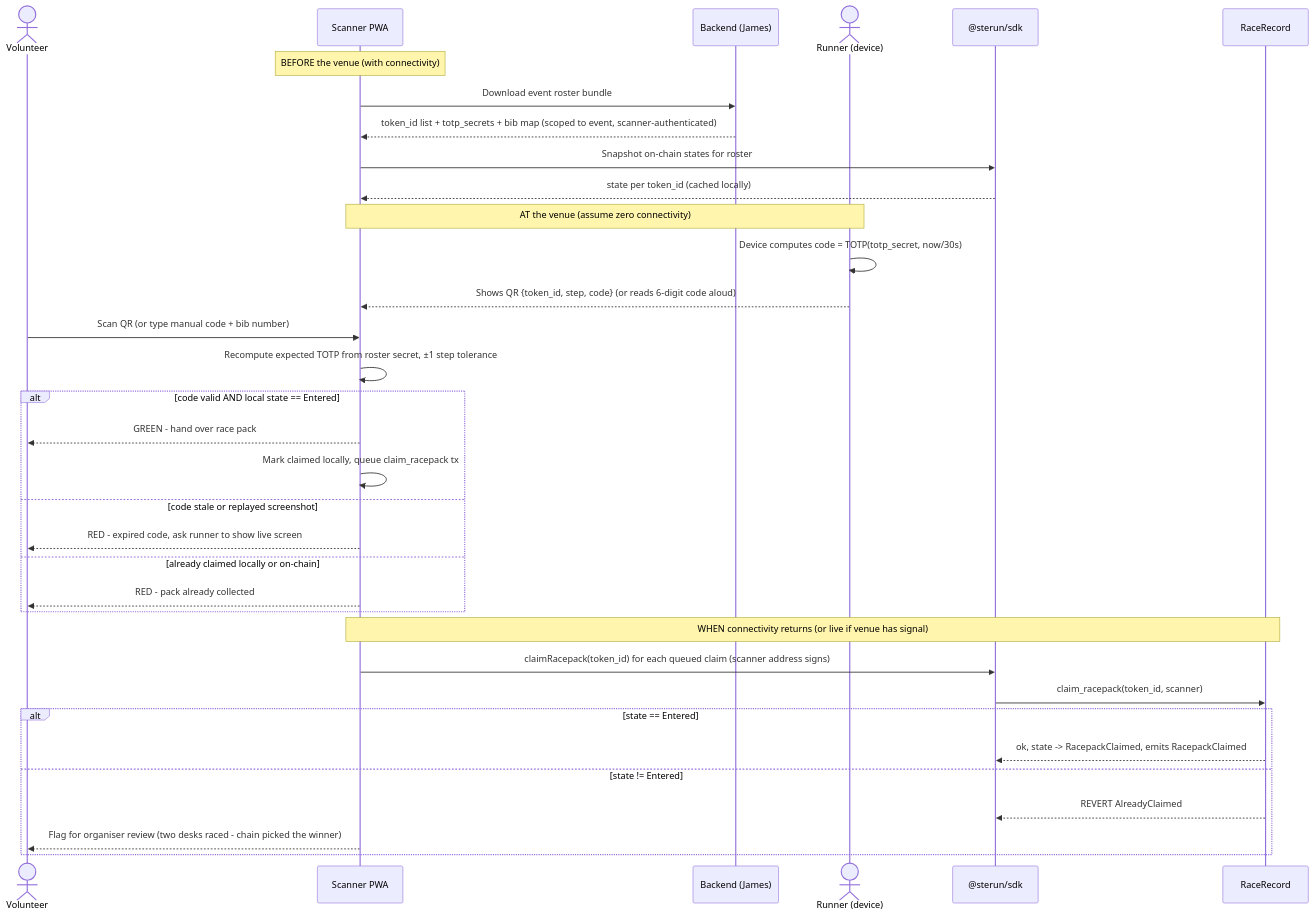
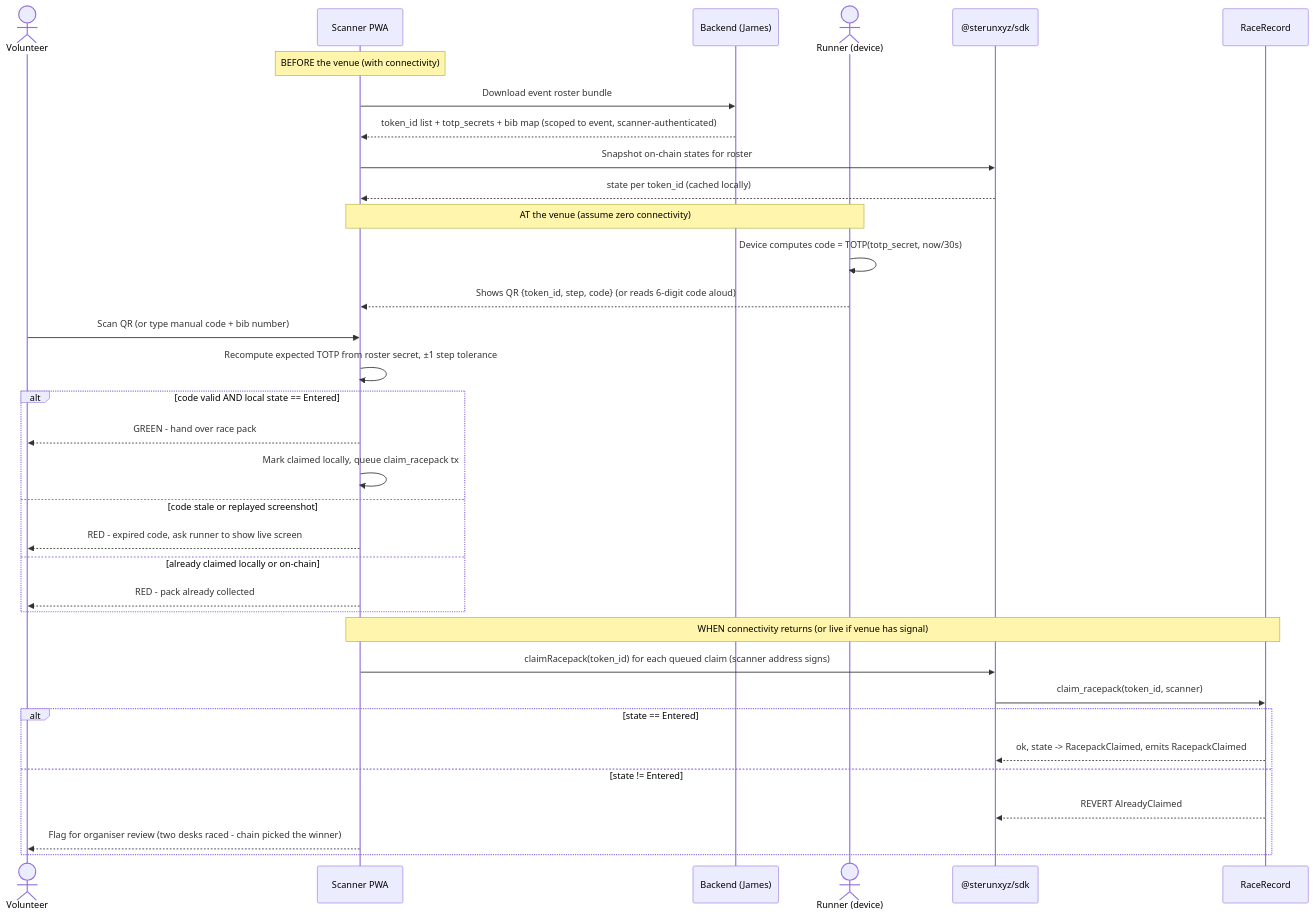
One commit to AncungAulia/sterun changed the sixth of 9 diagrams in docs/SYSTEM_DESIGN.md. Above: the diagram before and after it, drawn with Mermaid. The commit also changed other lines of this file and 32 other files, not shown here.

````diff
--- a/docs/SYSTEM_DESIGN.md
+++ b/docs/SYSTEM_DESIGN.md
@@ -406,39 +406,39 @@
 ```mermaid
 sequenceDiagram
     actor V as Volunteer
     participant P as Scanner PWA
     participant B as Backend (James)
     actor RU as Runner (device)
-    participant S as @sterun/sdk
+    participant S as @sterunxyz/sdk
     participant RR as RaceRecord
 
     Note over P: BEFORE the venue (with connectivity)
     P->>B: Download event roster bundle
     B-->>P: token_id list + totp_secrets + bib map (scoped to event, scanner-authenticated)
     P->>S: Snapshot on-chain states for roster
     S-->>P: state per token_id (cached locally)
 
     Note over RU,P: AT the venue (assume zero connectivity)
     RU->>RU: Device computes code = TOTP(totp_secret, now/30s)
     RU-->>P: Shows QR {token_id, step, code} (or reads 6-digit code aloud)
     V->>P: Scan QR (or type manual code + bib number)
     P->>P: Recompute expected TOTP from roster secret, ±1 step tolerance
     alt code valid AND local state == Entered
         P-->>V: GREEN - hand over race pack
         P->>P: Mark claimed locally, queue claim_racepack tx
     else code stale or replayed screenshot
         P-->>V: RED - expired code, ask runner to show live screen
     else already claimed locally or on-chain
         P-->>V: RED - pack already collected
     end
 
     Note over P,RR: WHEN connectivity returns (or live if venue has signal)
     P->>S: claimRacepack(token_id) for each queued claim (scanner address signs)
     S->>RR: claim_racepack(token_id, scanner)
     alt state == Entered
         RR-->>S: ok, state -> RacepackClaimed, emits RacepackClaimed
     else state != Entered
         RR-->>S: REVERT AlreadyClaimed
         P-->>V: Flag for organiser review (two desks raced - chain picked the winner)
     end
 ```
````
